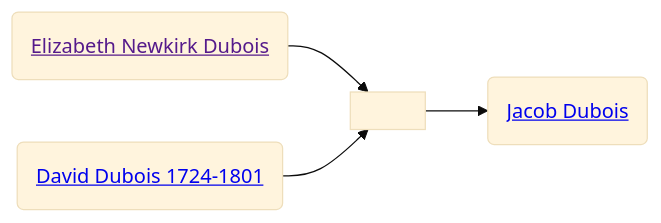
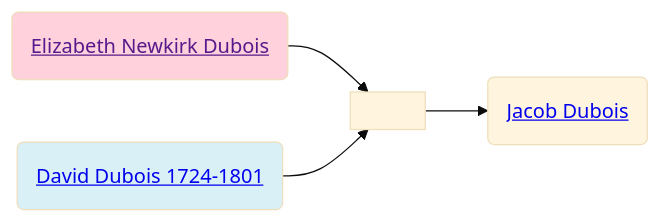
The diagram in familyhistory/sources/people/Henderson-line/Dubois-line/Elizabeth_Newkirk_Dubois.qmd (neelsmith/avocational), drawn with Mermaid (base theme) before and after one commit. The commit also changed 91 other files, not shown here.

Commit message:
Rebuild descendant diagrams

````diff
--- a/familyhistory/sources/people/Henderson-line/Dubois-line/Elizabeth_Newkirk_Dubois.qmd
+++ b/familyhistory/sources/people/Henderson-line/Dubois-line/Elizabeth_Newkirk_Dubois.qmd
@@ -26,11 +26,14 @@
 ```{mermaid}
 graph LR
+%% LR descendant diagram
 class Elizabeth_Newkirk_Dubois_and_David_Dubois_1724-1801 marriage
 Elizabeth_Newkirk_Dubois(<a href=''>Elizabeth Newkirk Dubois</>) --> Elizabeth_Newkirk_Dubois_and_David_Dubois_1724-1801[ ]
 David_Dubois_1724-1801(<a href='./David_Dubois_1724-1801.html'>David Dubois 1724-1801</>) --> Elizabeth_Newkirk_Dubois_and_David_Dubois_1724-1801(( ))
+class David_Dubois_1724-1801 father
+class Elizabeth_Newkirk_Dubois mother
 Elizabeth_Newkirk_Dubois_and_David_Dubois_1724-1801[ ] --> Jacob_Dubois(<a href='./Jacob_Dubois.html'>Jacob Dubois</>)
 classDef mother fill:#ffd1dc
 classDef father fill:#daf0f7  
 classDef marriage fill:#ffffff
 
 ```
````
